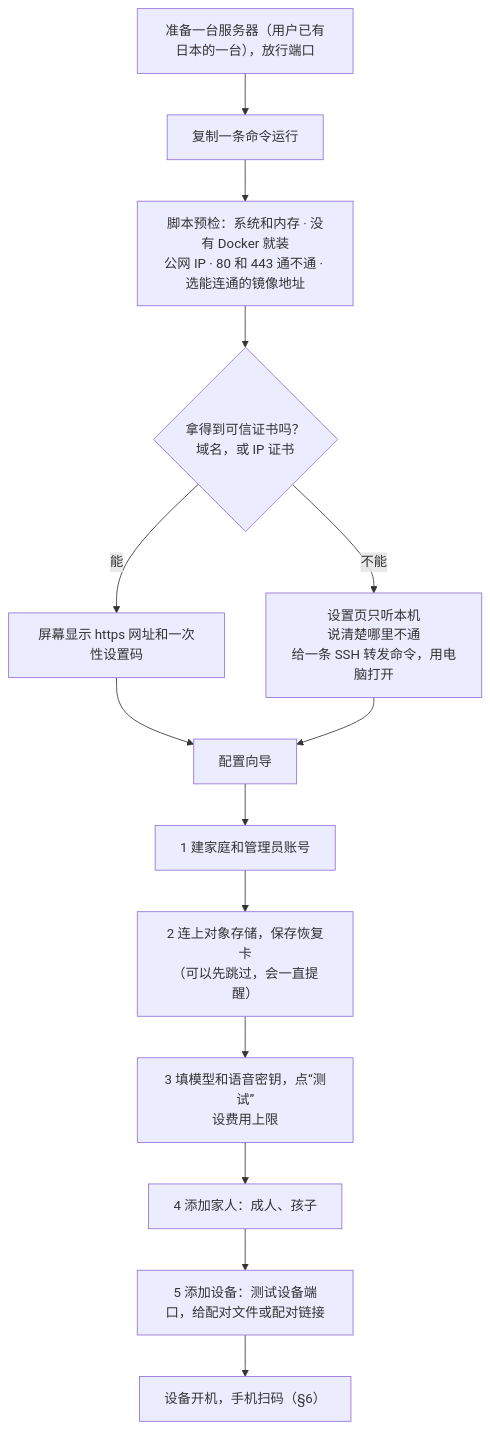
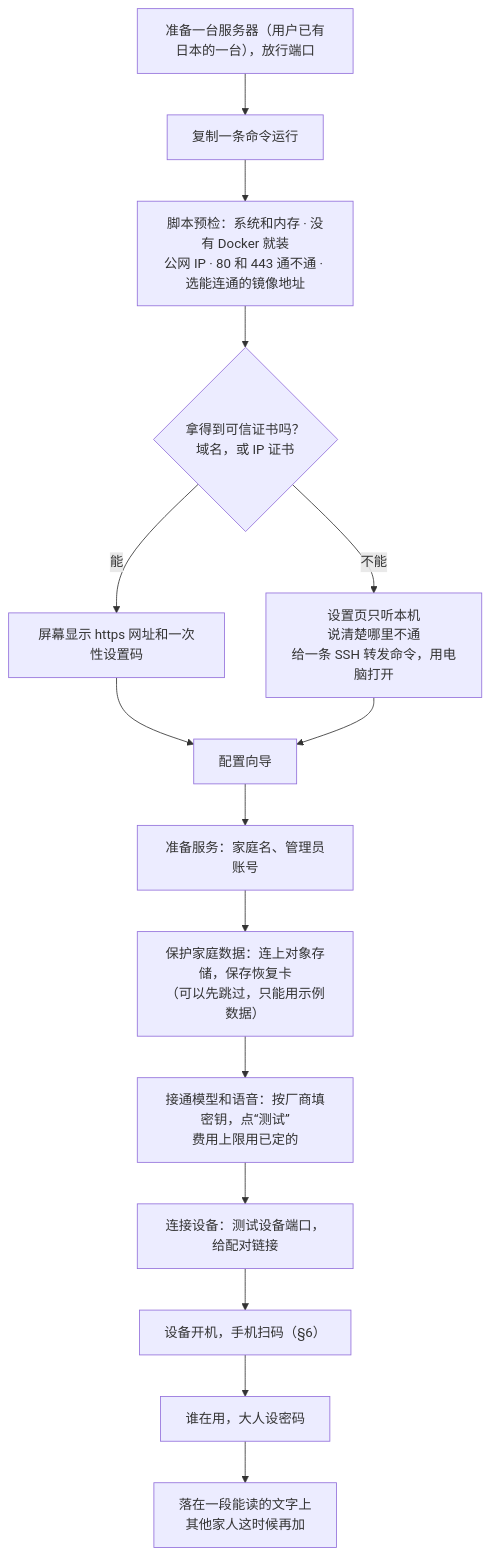
Before and after one commit to Gidean-zcx/ink: the third of 19 diagrams in docs/hub/hub-architecture.md, drawn with Mermaid. The commit also changed other lines of this file and 16 other files, not shown here.

````diff
--- a/docs/hub/hub-architecture.md
+++ b/docs/hub/hub-architecture.md
@@ -278,16 +280,17 @@
 ```mermaid
 flowchart TB
   A["准备一台服务器（用户已有日本的一台），放行端口"] --> B["复制一条命令运行"]
   B --> C["脚本预检：系统和内存 · 没有 Docker 就装<br/>公网 IP · 80 和 443 通不通 · 选能连通的镜像地址"]
   C --> D{"拿得到可信证书吗？<br/>域名，或 IP 证书"}
   D -- "能" --> E["屏幕显示 https 网址和一次性设置码"]
   D -- "不能" --> F["设置页只听本机<br/>说清楚哪里不通<br/>给一条 SSH 转发命令，用电脑打开"]
   E --> G["配置向导"]
   F --> G
-  G --> H["1 建家庭和管理员账号"]
-  H --> I["2 连上对象存储，保存恢复卡<br/>（可以先跳过，会一直提醒）"]
-  I --> J["3 填模型和语音密钥，点“测试”<br/>设费用上限"]
-  J --> K["4 添加家人：成人、孩子"]
-  K --> M["5 添加设备：测试设备端口，给配对文件或配对链接"]
+  G --> H["准备服务：家庭名、管理员账号"]
+  H --> I["保护家庭数据：连上对象存储，保存恢复卡<br/>（可以先跳过，只能用示例数据）"]
+  I --> J["接通模型和语音：按厂商填密钥，点“测试”<br/>费用上限用已定的"]
+  J --> M["连接设备：测试设备端口，给配对链接"]
   M --> N["设备开机，手机扫码（§6）"]
+  N --> K["谁在用，大人设密码"]
+  K --> O["落在一段能读的文字上<br/>其他家人这时候再加"]
 ```
````
